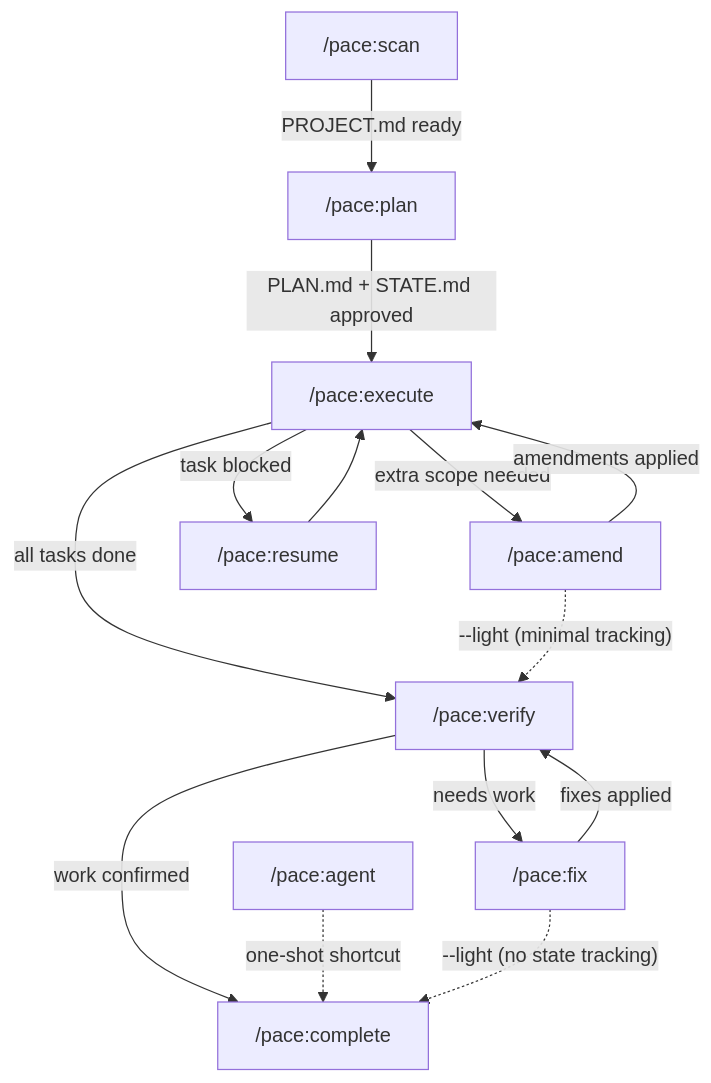
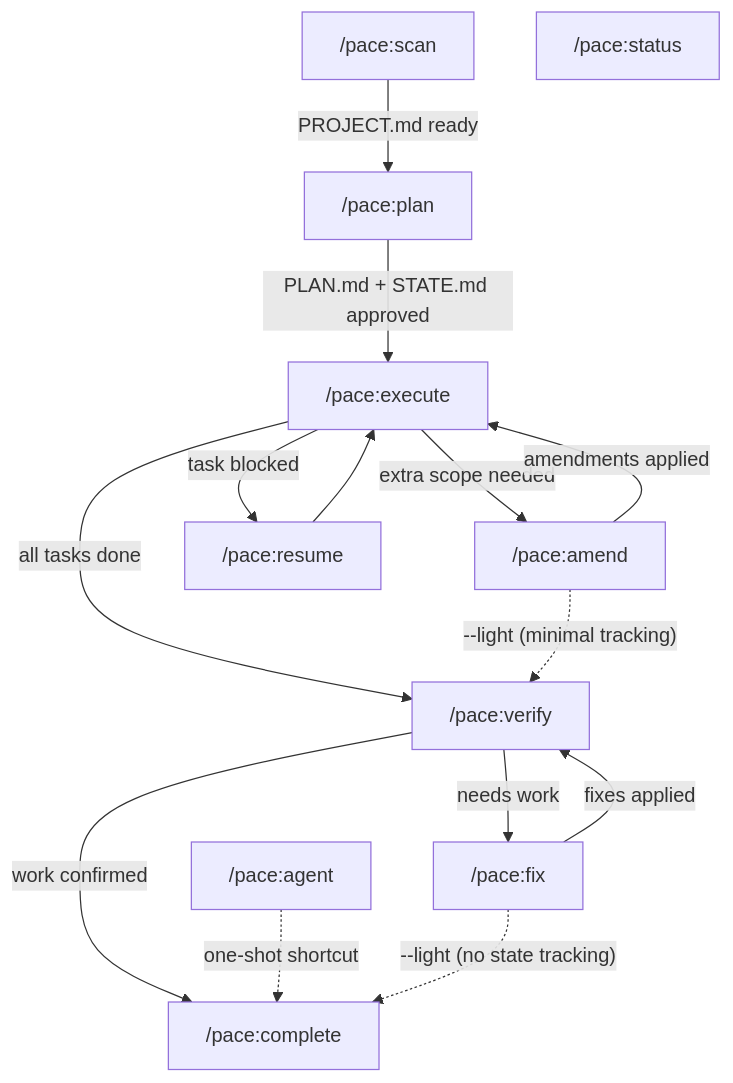
The first of 6 diagrams in docs/architecture.md (jwprichard/pace), drawn with Mermaid before and after one commit. The commit also changed other lines of this file and 1 other file, not shown here.

````diff
--- a/docs/architecture.md
+++ b/docs/architecture.md
@@ -5,27 +5,28 @@
 ```mermaid
 flowchart TD
     scan["/pace:scan"]
     plan["/pace:plan"]
     execute["/pace:execute"]
     agent["/pace:agent"]
     verify["/pace:verify"]
     fix["/pace:fix"]
     amend["/pace:amend"]
     complete["/pace:complete"]
     resume["/pace:resume"]
+    status["/pace:status"]
 
     scan -->|PROJECT.md ready| plan
     plan -->|PLAN.md + STATE.md approved| execute
     execute -->|all tasks done| verify
     verify -->|work confirmed| complete
     verify -->|needs work| fix
     fix -->|fixes applied| verify
     execute -->|extra scope needed| amend
     amend -->|amendments applied| execute
     execute -->|task blocked| resume
     resume --> execute
 
     agent -.->|one-shot shortcut| complete
     fix -.->|"--light (no state tracking)"| complete
     amend -.->|"--light (minimal tracking)"| verify
 ```
````
